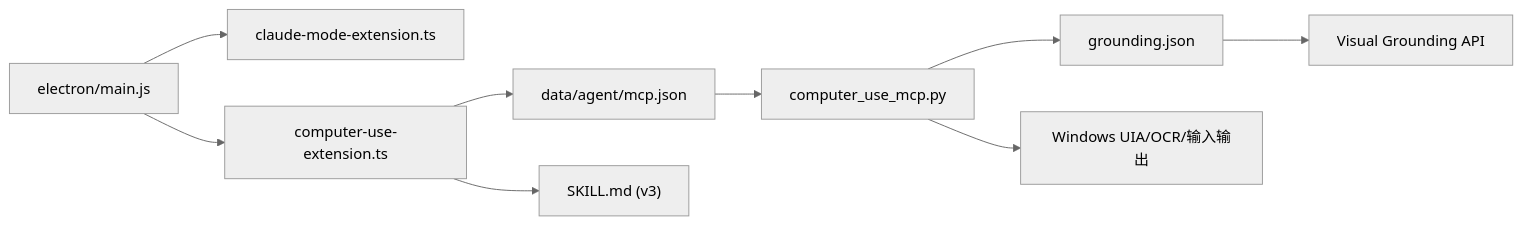
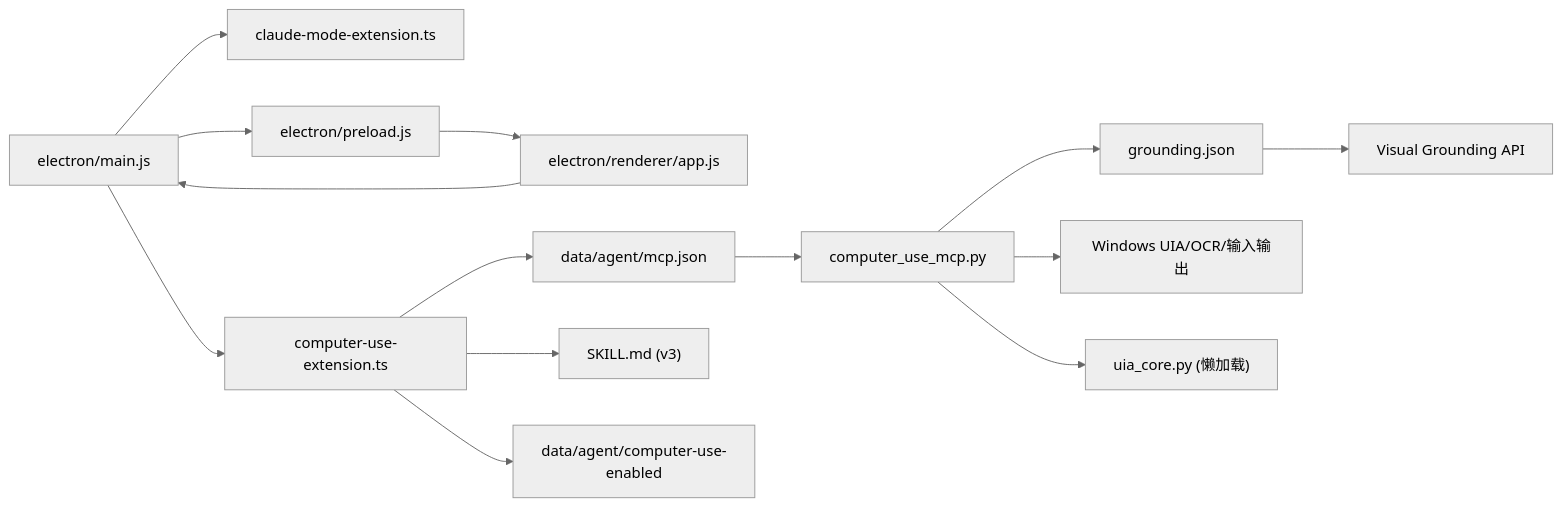
One commit to swond-Mao/Tiffa changed the fourth of 4 diagrams in .qoder/repowiki/zh/content/技能系统/计算机使用技能/计算机使用技能.md. Above: the diagram before and after it, drawn with Mermaid (neutral theme). The commit also changed other lines of this file and 49 other files, not shown here.

````diff
--- a/.qoder/repowiki/zh/content/技能系统/计算机使用技能/计算机使用技能.md
+++ b/.qoder/repowiki/zh/content/技能系统/计算机使用技能/计算机使用技能.md
@@ -271,11 +343,16 @@
 ```mermaid
 graph LR
 MAIN["electron/main.js"] --> EXT1["claude-mode-extension.ts"]
 MAIN --> EXT2["computer-use-extension.ts"]
+MAIN --> PRELOAD["electron/preload.js"]
+PRELOAD --> RENDER["electron/renderer/app.js"]
+RENDER --> MAIN
 EXT2 --> MCPJSON["data/agent/mcp.json"]
 EXT2 --> SKILL["SKILL.md (v3)"]
+EXT2 --> MARKER["data/agent/computer-use-enabled"]
 MCPJSON --> MCPSRV["computer_use_mcp.py"]
 MCPSRV --> GROUNDING["grounding.json"]
 MCPSRV --> OS["Windows UIA/OCR/输入输出"]
+MCPSRV --> LAZY["uia_core.py (懒加载)"]
 GROUNDING --> VLM["Visual Grounding API"]
 ```
````
